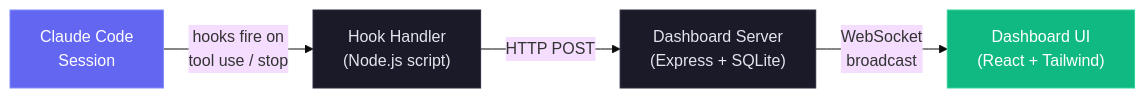
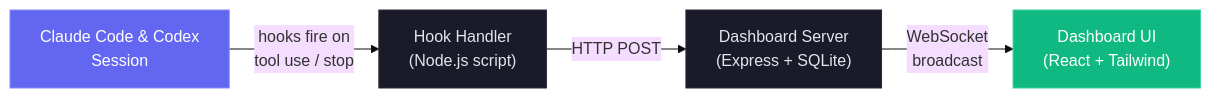
The first of 23 diagrams in README-KO.md (CorentinPa/Claude-Code-Agent-Monitor), drawn with Mermaid (base theme) before and after one commit. The commit also changed other lines of this file and 1 other file, not shown here.

Commit message:
feat(docs): update flowcharts and improve copy button functionality in code blocks

````diff
--- a/README-KO.md
+++ b/README-KO.md
@@ -115,10 +115,10 @@
 ```mermaid
 graph LR
-    A["Claude Code<br/>Session"] -->|hooks fire on<br/>tool use / stop| B["Hook Handler<br/>(Node.js script)"]
+    A["Claude Code & Codex<br/>Session"] -->|hooks fire on<br/>tool use / stop| B["Hook Handler<br/>(Node.js script)"]
     B -->|HTTP POST| C["Dashboard Server<br/>(Express + SQLite)"]
     C -->|WebSocket<br/>broadcast| D["Dashboard UI<br/>(React + Tailwind)"]
     style A fill:#6366f1,stroke:#818cf8,color:#fff
     style B fill:#1a1a28,stroke:#2a2a3d,color:#e4e4ed
     style C fill:#1a1a28,stroke:#2a2a3d,color:#e4e4ed
     style D fill:#10b981,stroke:#34d399,color:#fff
 ```
````
